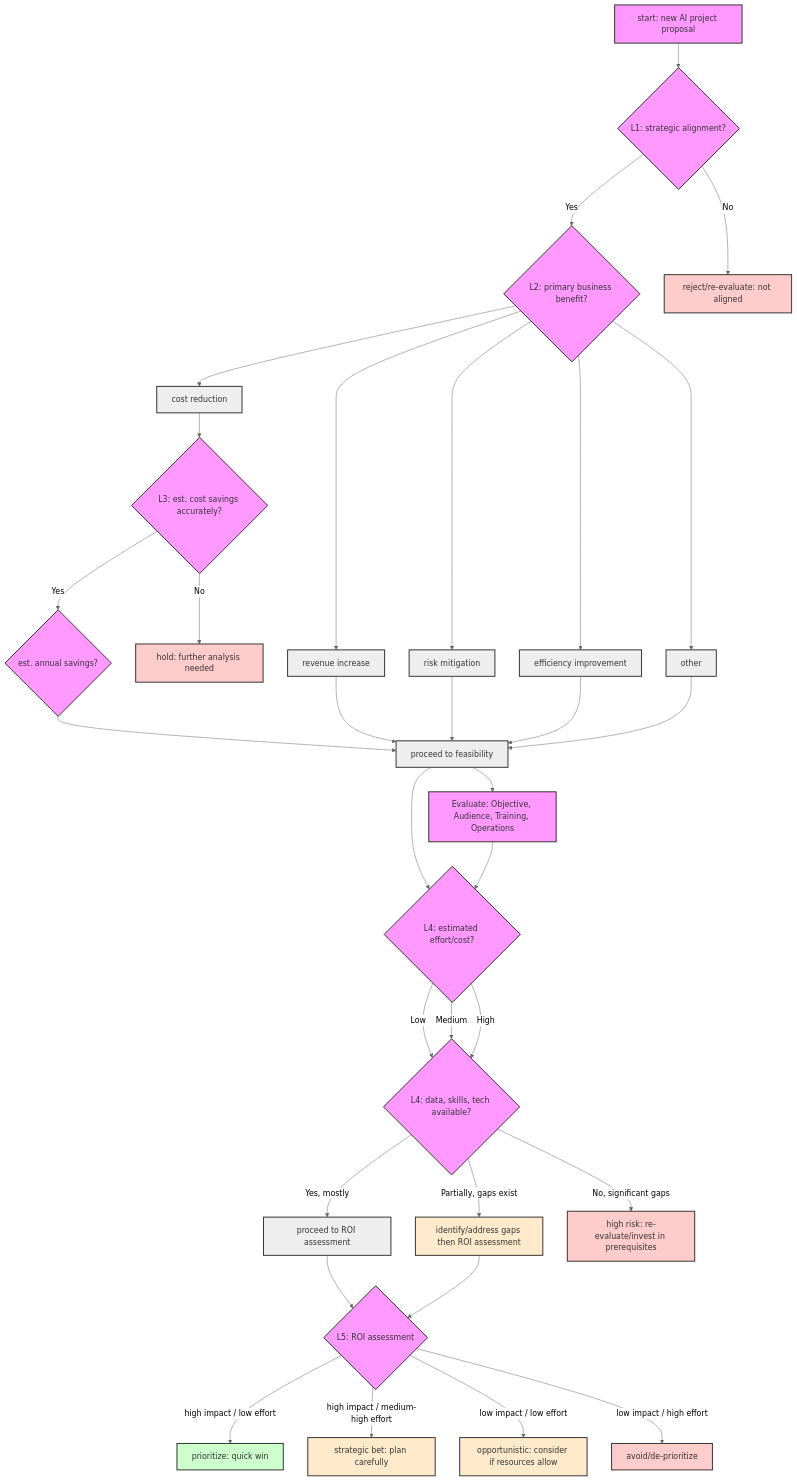
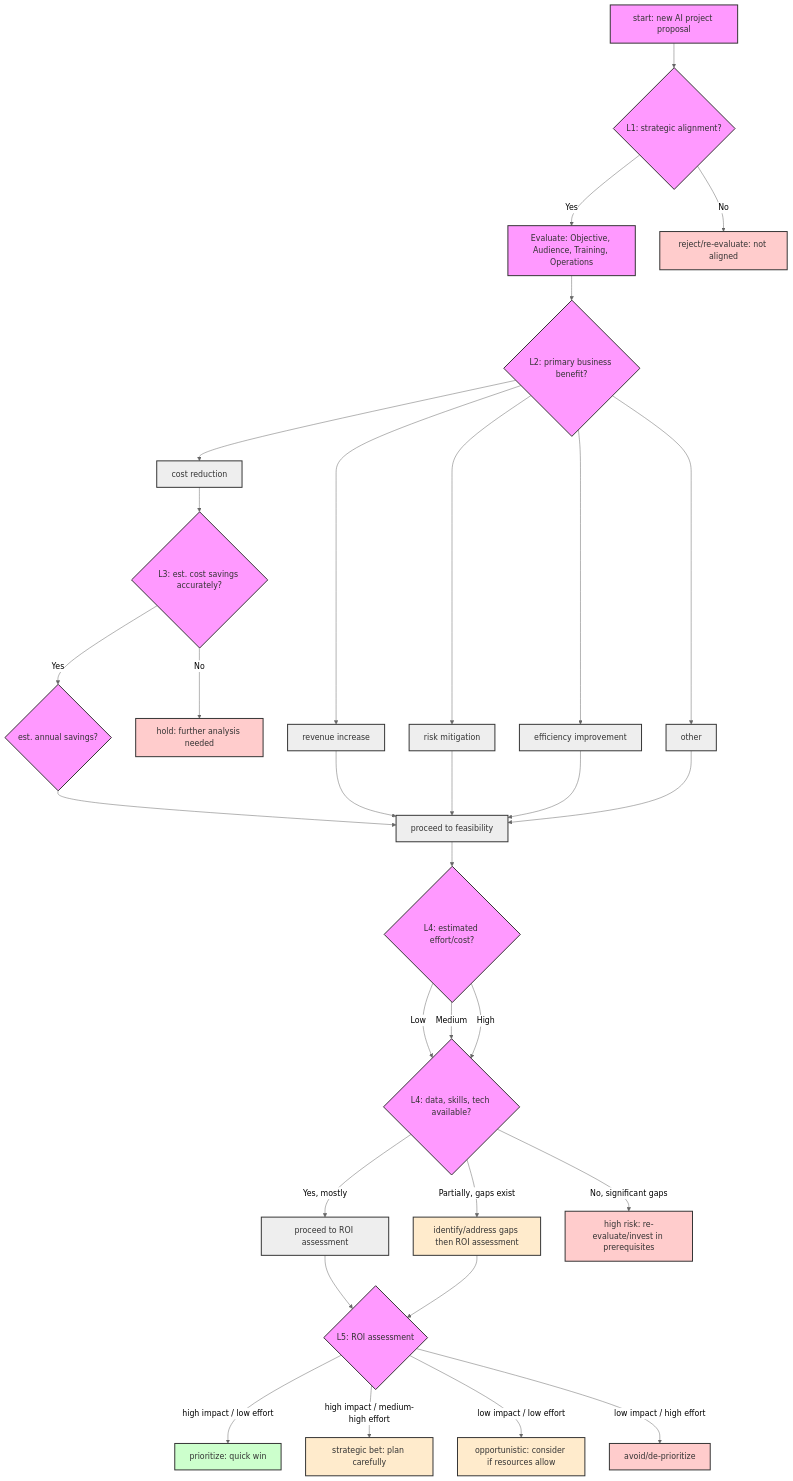
One commit to HiddeBV/iasa-ai-course changed the diagram in 01-foundation/lesson-2/ai-project-roi-decision-tree-solution-notes.md. Above: the diagram before and after it, drawn with Mermaid (neutral theme). The commit also changed other lines of this file, not shown here.

Commit message:
feat: Refine decision tree structure by adding evaluation pillars for AI project feasibility

````diff
--- a/01-foundation/lesson-2/ai-project-roi-decision-tree-solution-notes.md
+++ b/01-foundation/lesson-2/ai-project-roi-decision-tree-solution-notes.md
@@ -72,56 +72,54 @@
 ```mermaid
 graph TD
     A[start: new AI project proposal] --> B{L1: strategic alignment?};
-    B -- Yes --> C{L2: primary business benefit?};
+    B -- Yes --> FP[Evaluate: Objective, Audience, Training, Operations];
     B -- No --> Z1[reject/re-evaluate: not aligned];
+
+    FP --> C{L2: primary business benefit?};
 
     C --> D1[cost reduction];
     C --> D2[revenue increase];
     C --> D3[risk mitigation];
     C --> D4[efficiency improvement];
     C --> D5[other];
 
     D1 --> E1{L3: est. cost savings accurately?};
     E1 -- Yes --> F1{est. annual savings?};
     F1 --> G1[proceed to feasibility];
     E1 -- No --> Z2[hold: further analysis needed];
 
     %% Placeholder for other benefit paths leading to Feasibility
     D2 --> G1;
     D3 --> G1;
     D4 --> G1;
     D5 --> G1;
 
     G1 --> H{L4: estimated effort/cost?};
     H -- Low --> I{L4: data, skills, tech available?};
     H -- Medium --> I;
     H -- High --> I;
 
     I -- Yes, mostly --> J[proceed to ROI assessment];
     I -- Partially, gaps exist --> K[identify/address gaps then ROI assessment];
     I -- No, significant gaps --> Z3[high risk: re-evaluate/invest in prerequisites];
 
     J --> L{L5: ROI assessment};
     K --> L;
 
     L -- high impact / low effort --> M[prioritize: quick win];
     L -- high impact / medium-high effort --> N[strategic bet: plan carefully];
     L -- low impact / low effort --> O[opportunistic: consider if resources allow];
     L -- low impact / high effort --> P[avoid/de-prioritize];
 
-    %% Adding the four pillars explicitly in Feasibility
-    G1 --> FP[Evaluate: Objective, Audience, Training, Operations];
-    FP --> H;
-
     classDef question fill:#f9f,stroke:#333,stroke-width:2px,color:#333;
     classDef decision fill:#lightgrey,stroke:#333,stroke-width:2px,color:#333;
     classDef outcomeGreen fill:#ccffcc,stroke:#333,stroke-width:2px,color:#333;
     classDef outcomeRed fill:#ffcccc,stroke:#333,stroke-width:2px,color:#333;
     classDef outcomeOrange fill:#ffebcc,stroke:#333,stroke-width:2px,color:#333;
 
     class A,B,C,E1,F1,H,I,L,FP question;
     class Z1,Z2,Z3,P outcomeRed;
     class M outcomeGreen;
     class N,O,K outcomeOrange;
     class D1,D2,D3,D4,D5,G1,J decision;
 ```
````
